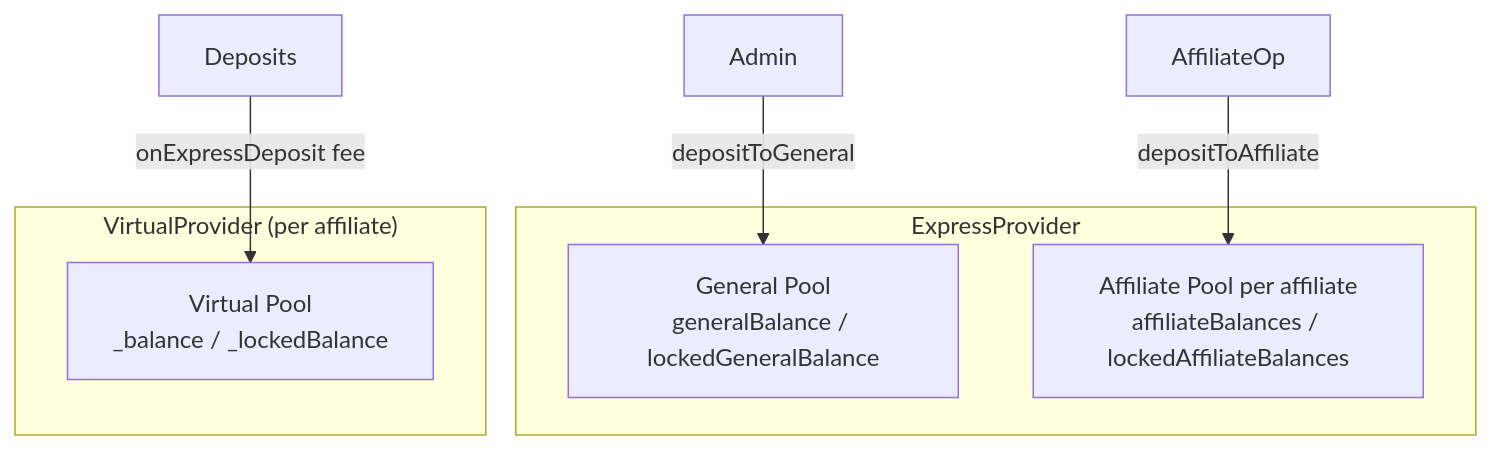
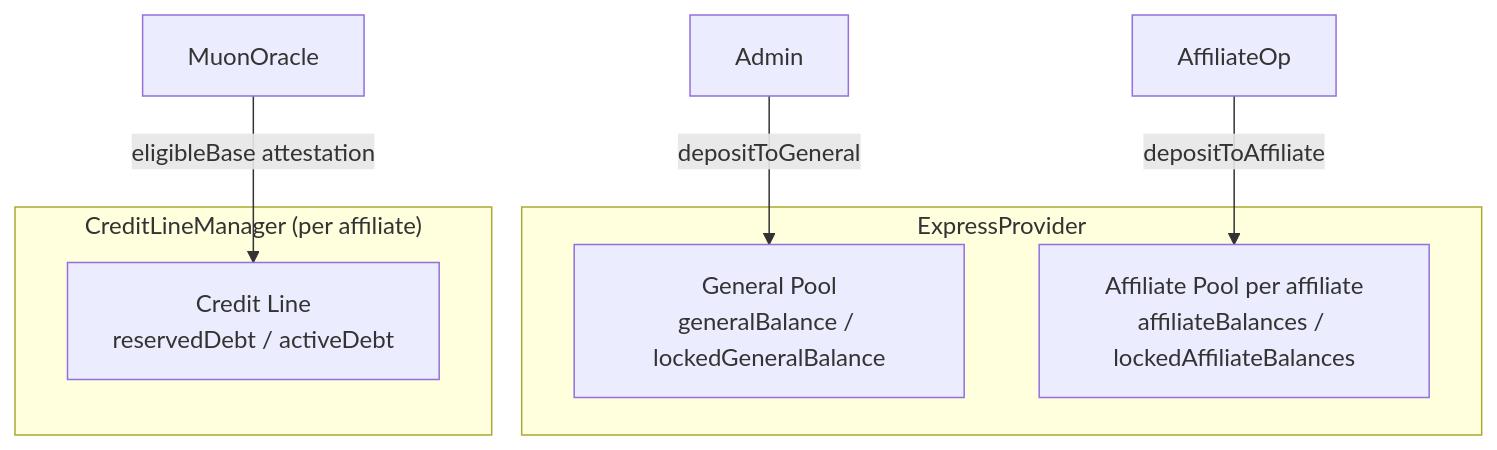
One commit to SYMM-IO/perps-core changed the third of 16 diagrams in docs/v0.8.6/express-withdrawal-system-design.md. Above: the diagram before and after it, drawn with Mermaid. The commit also changed other lines of this file and 9 other files, not shown here.

Commit message:
docs: replace VirtualProvider with Credit Line system in express provider docs

````diff
--- a/docs/v0.8.6/express-withdrawal-system-design.md
+++ b/docs/v0.8.6/express-withdrawal-system-design.md
@@ -128,14 +133,14 @@
 ```mermaid
 flowchart TD
     subgraph ExpressProvider
         GP[General Pool<br/>generalBalance / lockedGeneralBalance]
         FP[Affiliate Pool per affiliate<br/>affiliateBalances / lockedAffiliateBalances]
     end
-    subgraph "VirtualProvider (per affiliate)"
-        VP[Virtual Pool<br/>_balance / _lockedBalance]
+    subgraph "CreditLineManager (per affiliate)"
+        CL[Credit Line<br/>reservedDebt / activeDebt]
     end
 
     Admin -->|depositToGeneral| GP
     AffiliateOp -->|depositToAffiliate| FP
-    Deposits -->|onExpressDeposit fee| VP
+    MuonOracle -->|eligibleBase attestation| CL
 ```
````
